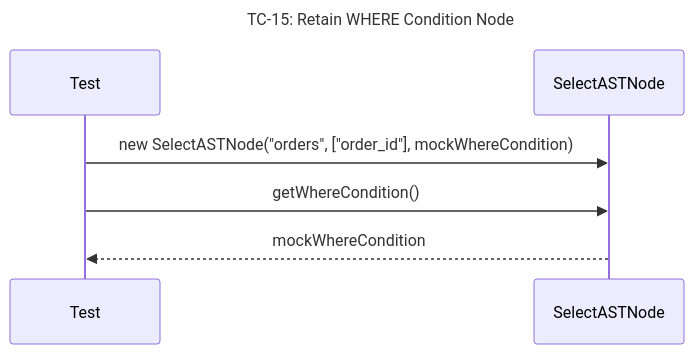
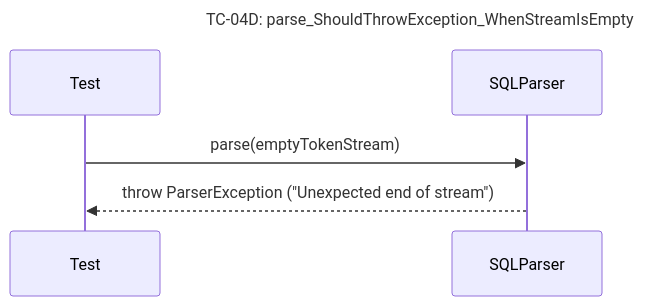
One commit to Dikhang1112/Database_Management_BBV changed diagram 19 of 41 in docs/unit_test/query_prossor/SequeceTestCase.md. Above: the diagram before and after it, drawn with Mermaid. The commit also changed other lines of this file and 6 other files, not shown here.

Commit message:
Add docs sequece diagram and scenario testcase

````diff
--- a/docs/unit_test/query_prossor/SequeceTestCase.md
+++ b/docs/unit_test/query_prossor/SequeceTestCase.md
@@ -252,10 +257,9 @@
 ```mermaid
 sequenceDiagram
-    title TC-15: Retain WHERE Condition Node
+    title TC-04D: parse_ShouldThrowException_WhenStreamIsEmpty
     participant Test
-    participant SelectASTNode
+    participant SQLParser
 
-    Test->>SelectASTNode: new SelectASTNode("orders", ["order_id"], mockWhereCondition)
-    Test->>SelectASTNode: getWhereCondition()
-    SelectASTNode-->>Test: mockWhereCondition
+    Test->>SQLParser: parse(emptyTokenStream)
+    SQLParser-->>Test: throw ParserException ("Unexpected end of stream")
 ```
````
